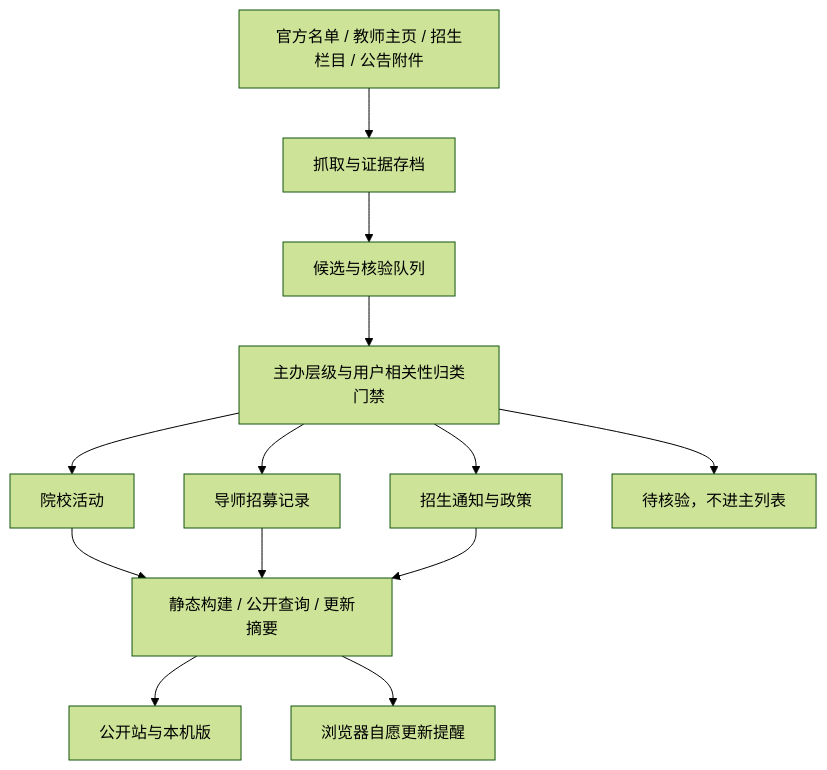
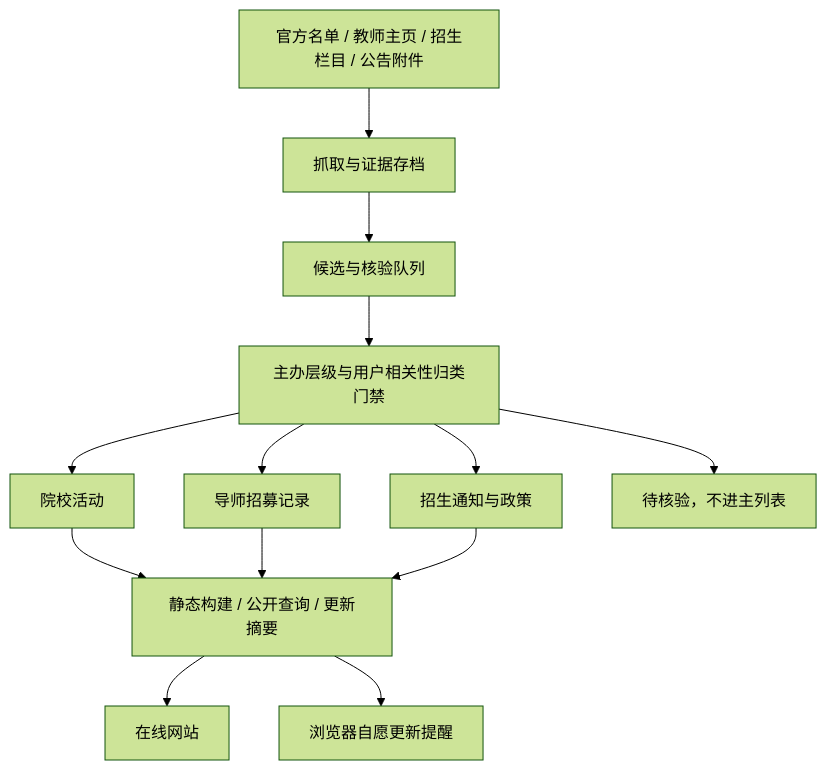
Before and after one commit to kanosa0101/Mentor-Research-and-Analysis-Tool: the second of 2 diagrams in PROJECT_MAP.md, drawn with Mermaid (forest theme). The commit also changed other lines of this file and 7249 other files, not shown here.

````diff
--- a/PROJECT_MAP.md
+++ b/PROJECT_MAP.md
@@ -60,15 +58,15 @@
 ```mermaid
 flowchart TD
   S[官方名单 / 教师主页 / 招生栏目 / 公告附件] --> C[抓取与证据存档]
   C --> Q[候选与核验队列]
   Q --> G[主办层级与用户相关性归类门禁]
   G --> E[院校活动]
   G --> M[导师招募记录]
   G --> N[招生通知与政策]
   G --> H[待核验，不进主列表]
   E --> B[静态构建 / 公开查询 / 更新摘要]
   M --> B
   N --> B
-  B --> W[公开站与本机版]
+  B --> W[在线网站]
   B --> P[浏览器自愿更新提醒]
 ```
````
